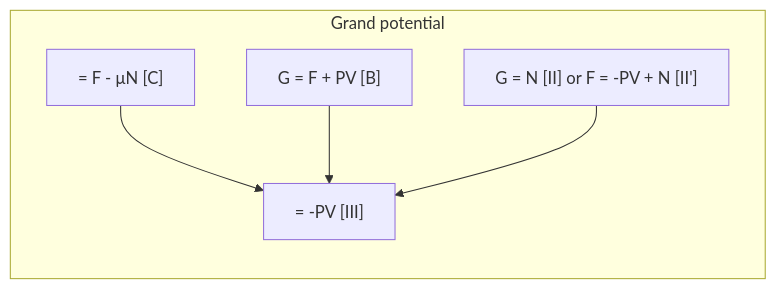
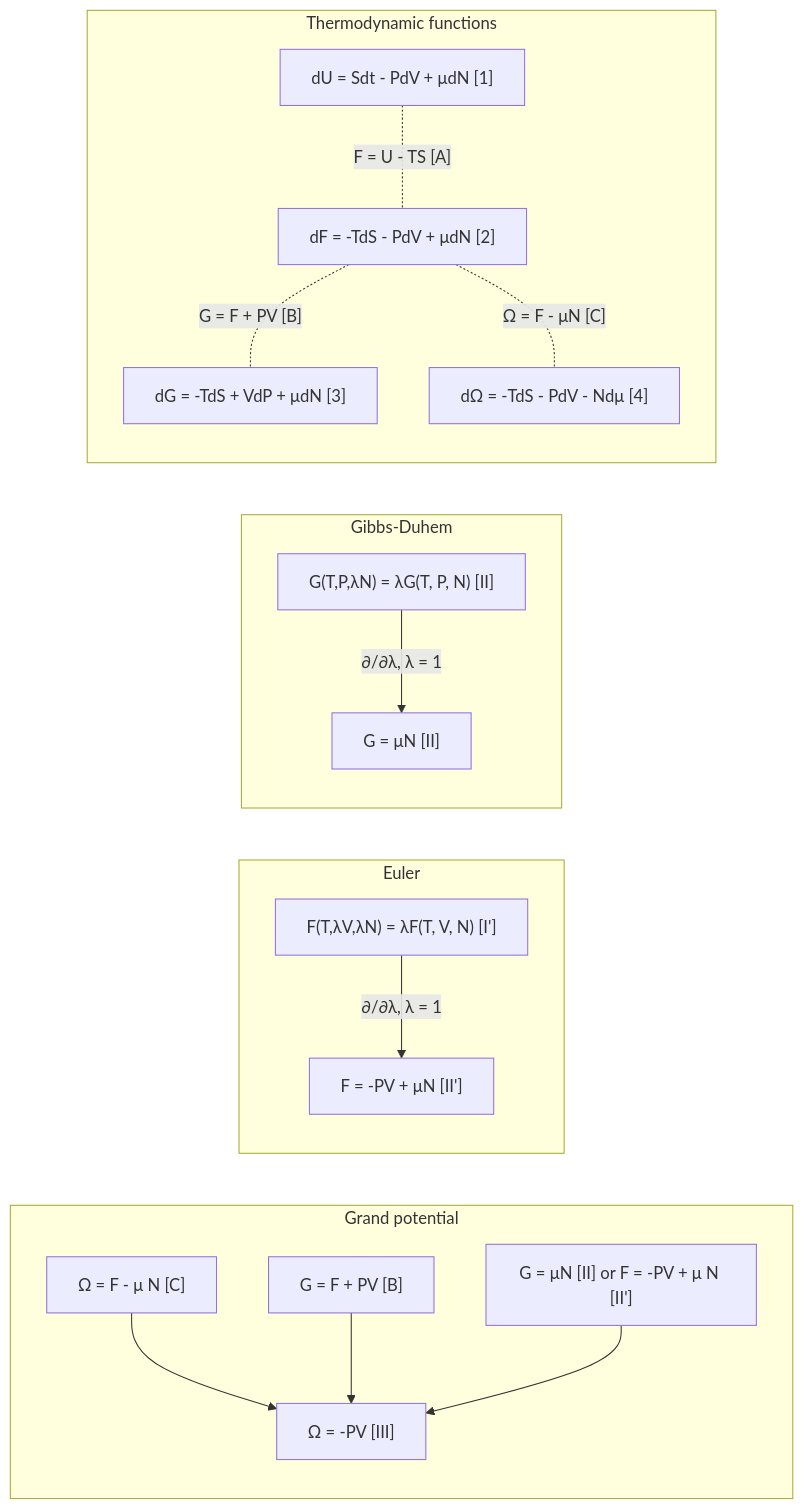
The diagram in thermodynamic_functions.md (yamato97/science), drawn with Mermaid before and after one commit. The commit also changed other lines of this file and 1 other file, not shown here.

````diff
--- a/thermodynamic_functions.md
+++ b/thermodynamic_functions.md
@@ -10,8 +7,19 @@
 ```mermaid
 graph LR
-    subgraph Grand potential
-    EC[" = F -  &mu;N [C]"]-->EIII[" = -PV [III]"]
-    EB["G = F + PV [B]"]-->EIII
-    EIIdash["G = N [II] or F = -PV + N [II']"]-->EIII
+subgraph Grand potential
+EC["&Omega; = F - &mu; N [C]"]-->EIII["&Omega; = -PV [III]"]
+EB["G = F + PV [B]"]-->EIII
+EIIdash["G = &mu;N [II] or F = -PV + &mu; N [II']"]-->EIII
+end
+subgraph Euler
+EI'["F(T,&lambda;V,&lambda;N) = &lambda;F(T, V, N) [I']"]-->|"&part;/&part;&lambda;, &lambda; = 1"|EII'["F = -PV + &mu;N [II']"]
+end
+subgraph Gibbs-Duhem
+EI["G(T,P,&lambda;N) = &lambda;G(T, P, N) [II]"]-->|"&part;/&part;&lambda;, &lambda; = 1"|EII["G = &mu;N [II]"]
+end
+subgraph Thermodynamic functions
+E1["dU = Sdt - PdV + &mu;dN [1]"]-.-|"F = U - TS [A]"|E2["dF = -TdS - PdV + &mu;dN [2]"]
+E2-.-|"G = F + PV [B]"|E3["dG = -TdS + VdP + &mu;dN [3]"]
+E2-.-|"&Omega; = F - &mu;N [C]"|E4["d&Omega; = -TdS - PdV - Nd&mu; [4]"]
 end
 ```
````
